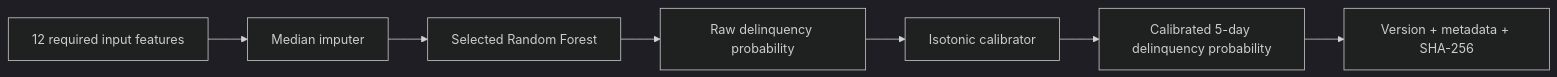
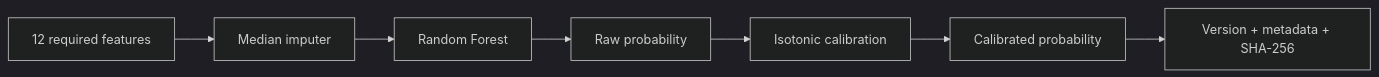
One commit to Oyd72/telecom-delinquency-capstone changed the seventh of 7 diagrams in docs/model-documentation/module4_experiment_record.md. Above: the diagram before and after it, drawn with Mermaid (dark theme). The commit also changed other lines of this file, not shown here.

````diff
--- a/docs/model-documentation/module4_experiment_record.md
+++ b/docs/model-documentation/module4_experiment_record.md
@@ -1154,9 +1049,9 @@
 ```mermaid
 flowchart LR
-    A[12 required input features] --> B[Median imputer]
-    B --> C[Selected Random Forest]
-    C --> D[Raw delinquency probability]
-    D --> E[Isotonic calibrator]
-    E --> F[Calibrated 5-day delinquency probability]
+    A[12 required features] --> B[Median imputer]
+    B --> C[Random Forest]
+    C --> D[Raw probability]
+    D --> E[Isotonic calibration]
+    E --> F[Calibrated probability]
     F --> G[Version + metadata + SHA-256]
 ```
````
